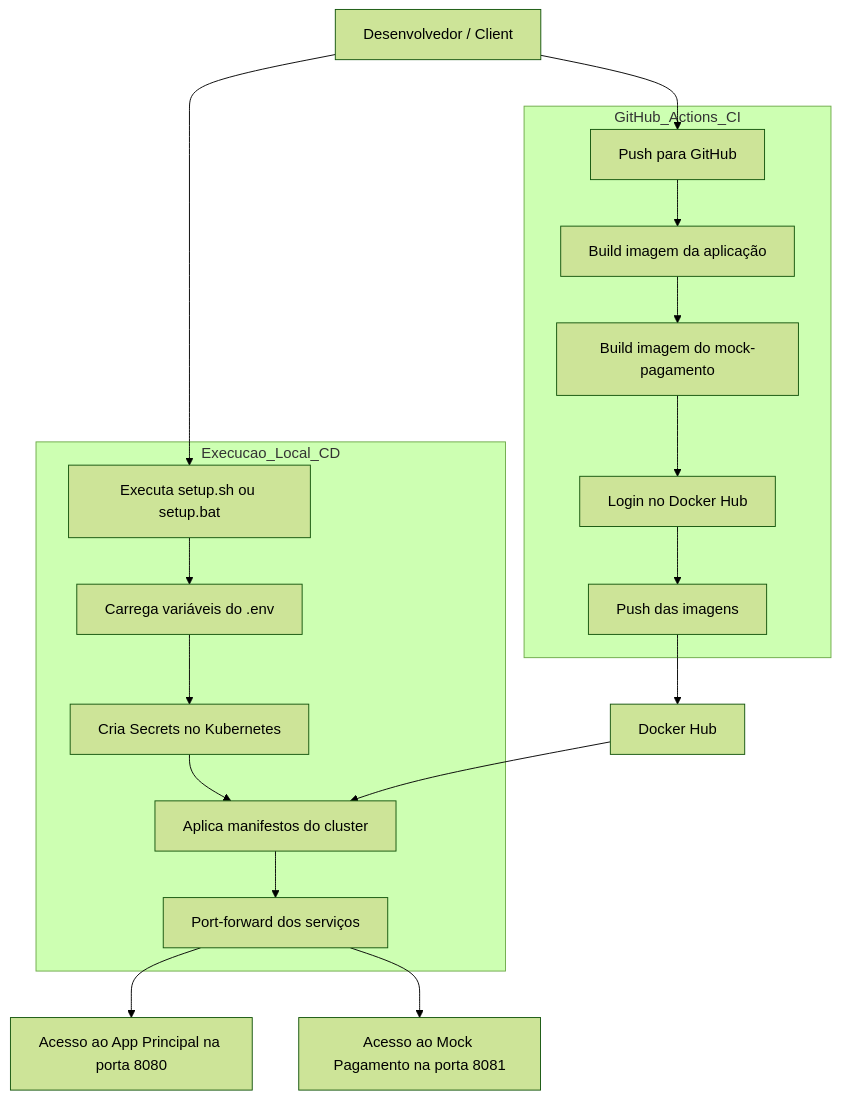
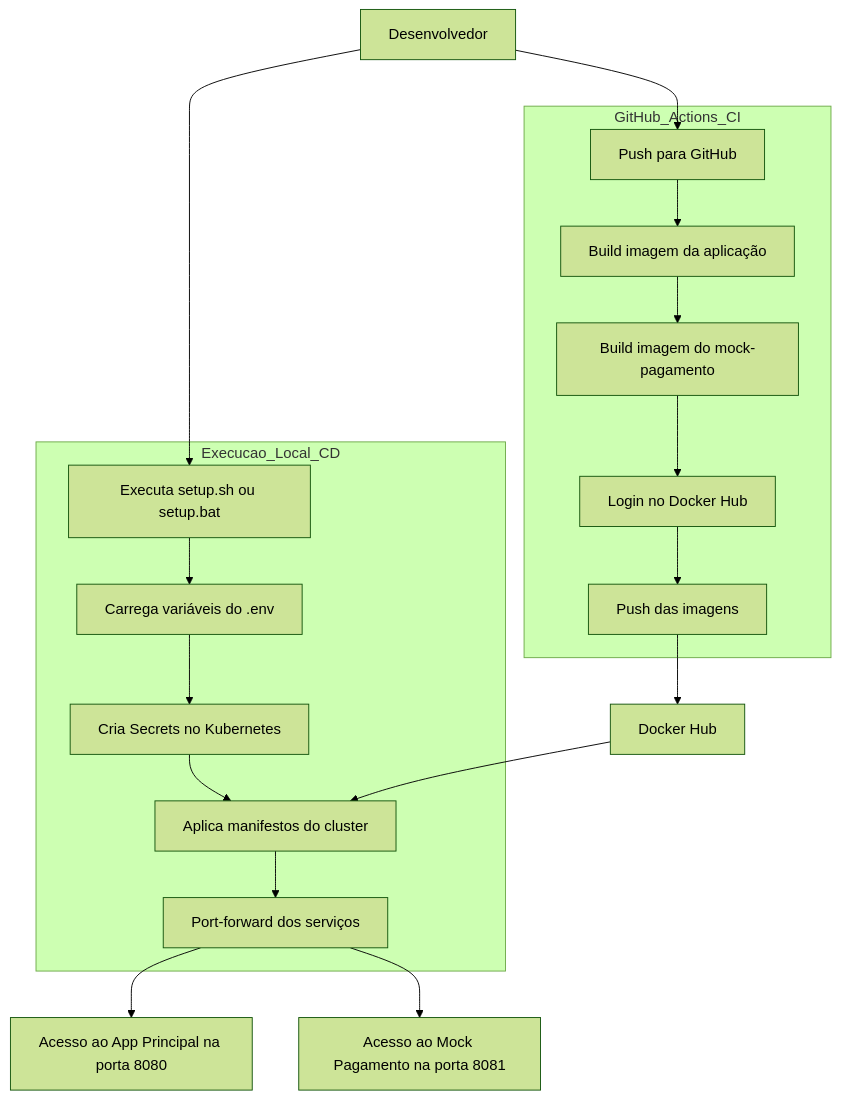
Before and after one commit to ns-fiap-tc/tech_challenge_fiap: the diagram in README.md, drawn with Mermaid (forest theme).

Commit message:
doc: adjustments

````diff
--- a/README.md
+++ b/README.md
@@ -153,26 +153,26 @@
 ```mermaid
 flowchart TD
-    dev[Desenvolvedor / Client] --> pushGit[Push para GitHub]
+    dev[Desenvolvedor] --> pushGit[Push para GitHub]
 
     subgraph GitHub_Actions_CI
         pushGit --> buildApp[Build imagem da aplicação]
         buildApp --> buildMock[Build imagem do mock-pagamento]
         buildMock --> dockerLogin[Login no Docker Hub]
         dockerLogin --> pushImages[Push das imagens]
     end
 
     pushImages --> dockerHub[Docker Hub]
 
     dev --> runSetup[Executa setup.sh ou setup.bat]
 
     subgraph Execucao_Local_CD
         runSetup --> loadEnv[Carrega variáveis do .env]
         loadEnv --> createSecrets[Cria Secrets no Kubernetes]
         createSecrets --> applyManifests[Aplica manifestos do cluster]
         applyManifests --> portForward[Port-forward dos serviços]
     end
 
     dockerHub --> applyManifests
     portForward --> appAccess[Acesso ao App Principal na porta 8080]
     portForward --> mockAccess[Acesso ao Mock Pagamento na porta 8081]
 ```
````
